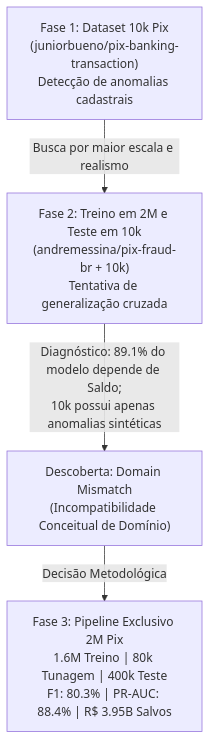
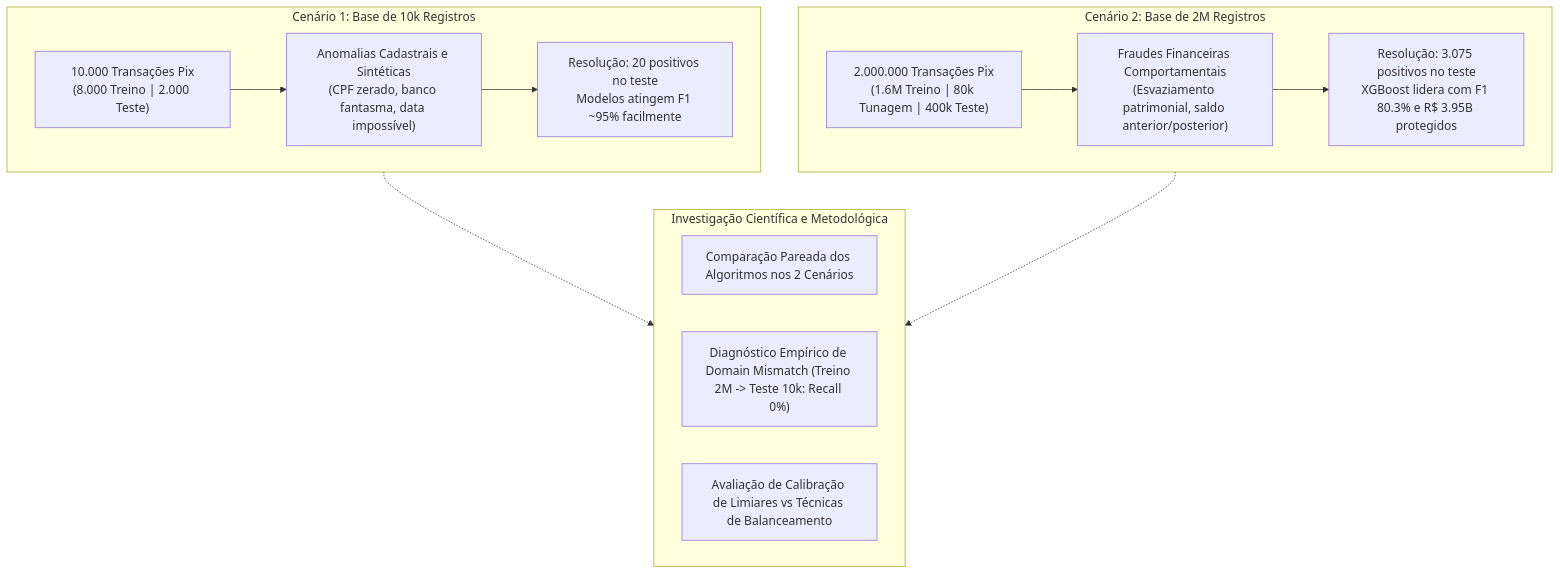
The first of 2 diagrams in README.md (ericNKS/final_project), drawn with Mermaid before and after one commit. The commit also changed other lines of this file, not shown here.

````diff
--- a/README.md
+++ b/README.md
@@ -31,6 +39,21 @@
 ```mermaid
 flowchart TD
-    A["Fase 1: Dataset 10k Pix\n(juniorbueno/pix-banking-transaction)\nDetecção de anomalias cadastrais"] -->|Busca por maior escala e realismo| B["Fase 2: Treino em 2M e Teste em 10k\n(andremessina/pix-fraud-br + 10k)\nTentativa de generalização cruzada"]
-    B -->|Diagnóstico: 89.1% do modelo depende de Saldo;\n10k possui apenas anomalias sintéticas| C["Descoberta: Domain Mismatch\n(Incompatibilidade Conceitual de Domínio)"]
-    C -->|Decisão Metodológica| D["Fase 3: Pipeline Exclusivo 2M Pix\n1.6M Treino | 80k Tunagem | 400k Teste\nF1: 80.3% | PR-AUC: 88.4% | R$ 3.95B Salvos"]
+    subgraph E1["Cenário 1: Base de 10k Registros"]
+        A1["10.000 Transações Pix\n(8.000 Treino | 2.000 Teste)"] --> B1["Anomalias Cadastrais e Sintéticas\n(CPF zerado, banco fantasma, data impossível)"]
+        B1 --> C1["Resolução: 20 positivos no teste\nModelos atingem F1 ~95% facilmente"]
+    end
+
+    subgraph E2["Cenário 2: Base de 2M Registros"]
+        A2["2.000.000 Transações Pix\n(1.6M Treino | 80k Tunagem | 400k Teste)"] --> B2["Fraudes Financeiras Comportamentais\n(Esvaziamento patrimonial, saldo anterior/posterior)"]
+        B2 --> C2["Resolução: 3.075 positivos no teste\nXGBoost lidera com F1 80.3% e R$ 3.95B protegidos"]
+    end
+
+    subgraph EXP["Investigação Científica e Metodológica"]
+        M1["Comparação Pareada dos Algoritmos nos 2 Cenários"]
+        M2["Diagnóstico Empírico de Domain Mismatch (Treino 2M -> Teste 10k: Recall 0%)"]
+        M3["Avaliação de Calibração de Limiares vs Técnicas de Balanceamento"]
+    end
+
+    E1 -.-> EXP
+    E2 -.-> EXP
 ```
````
